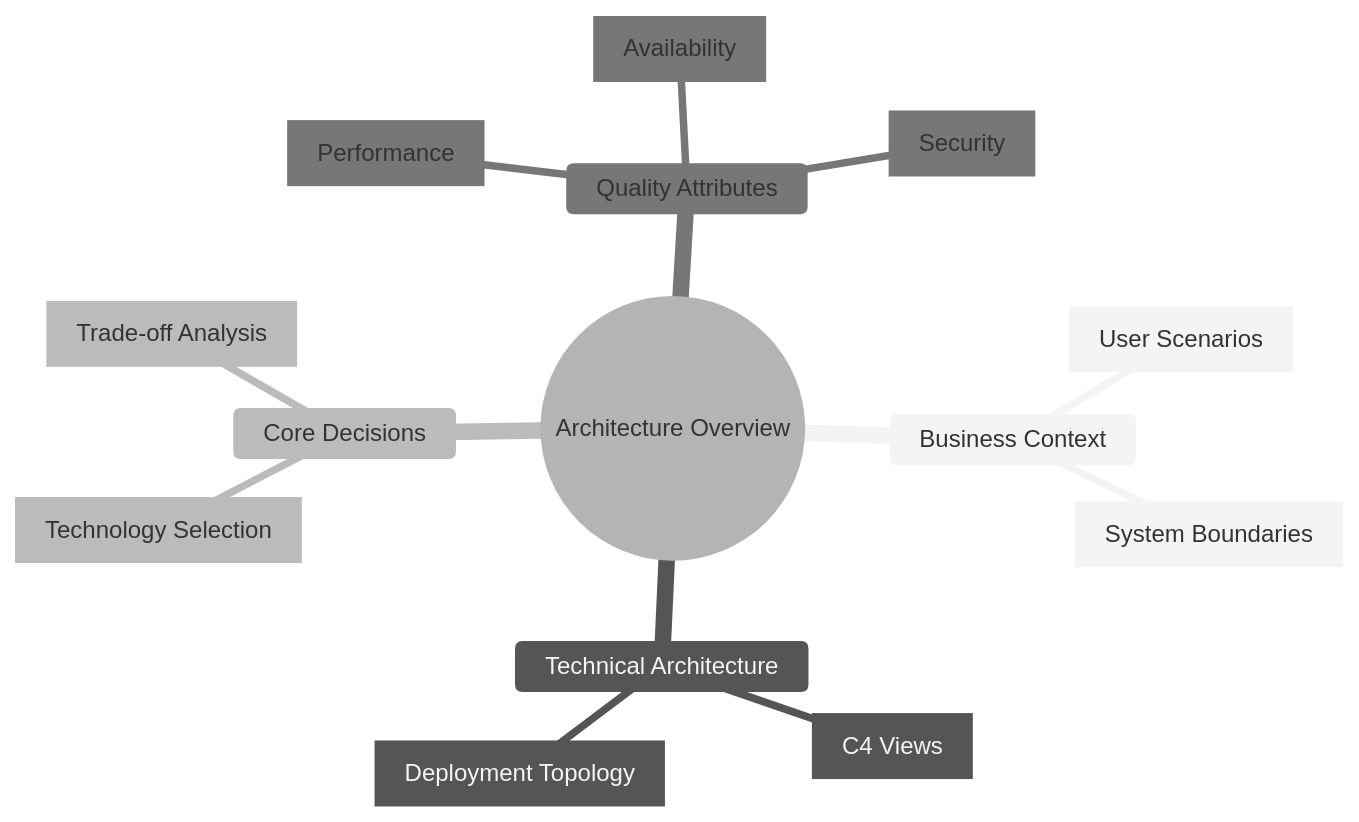
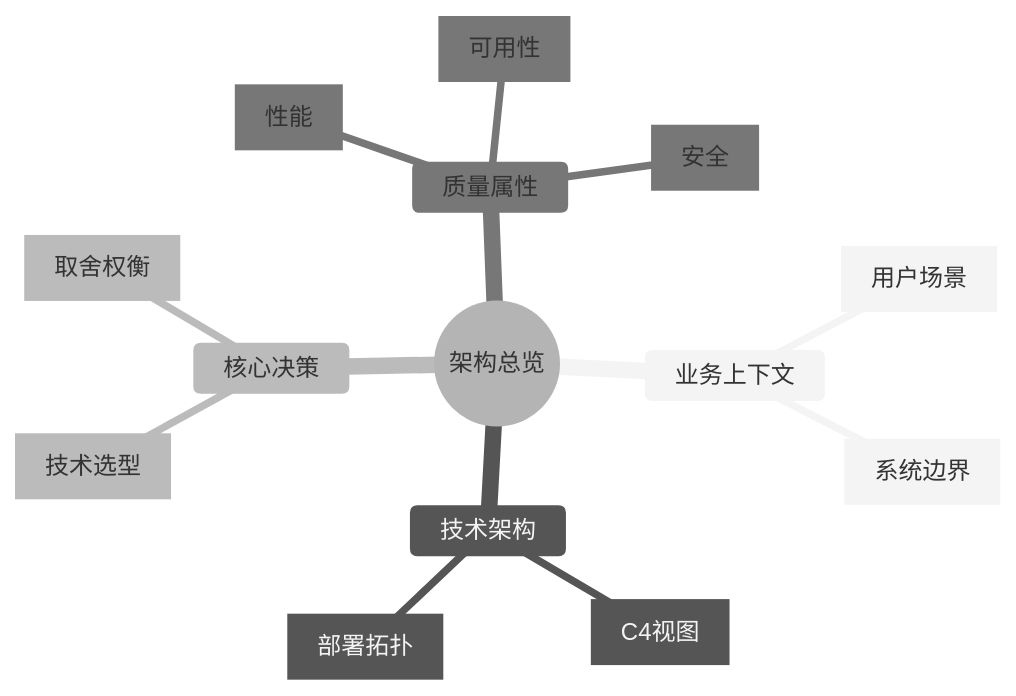
Before and after one commit to Kirky-X/cangjie: the first of 15 diagrams in templates/Product/Technology/Template-Architecture.md, drawn with Mermaid (neutral theme). The commit also changed other lines of this file and 33 other files, not shown here.

````diff
--- a/templates/Product/Technology/Template-Architecture.md
+++ b/templates/Product/Technology/Template-Architecture.md
@@ -68,17 +68,17 @@
 ```mermaid
 mindmap
-  root((Architecture Overview))
-    Business Context
-      [User Scenarios]
-      [System Boundaries]
-    Technical Architecture
-      [C4 Views]
-      [Deployment Topology]
-    Core Decisions
-      [Technology Selection]
-      [Trade-off Analysis]
-    Quality Attributes
-      [Performance]
-      [Availability]
-      [Security]
+  root((架构总览))
+    业务上下文
+      [用户场景]
+      [系统边界]
+    技术架构
+      [C4视图]
+      [部署拓扑]
+    核心决策
+      [技术选型]
+      [取舍权衡]
+    质量属性
+      [性能]
+      [可用性]
+      [安全]
 ```
````
